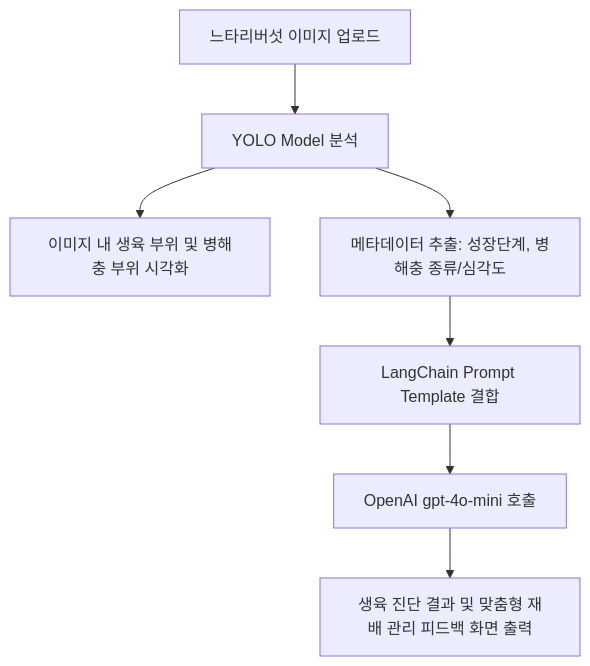
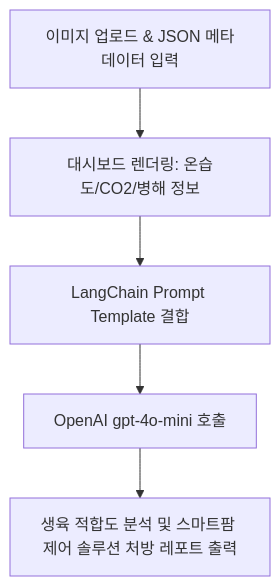
One commit to haexunx/smhrd-mushroom-cv-llm changed the diagram in README.md. Above: the diagram before and after it, drawn with Mermaid. The commit also changed other lines of this file and 1 other file, not shown here.

````diff
--- a/README.md
+++ b/README.md
@@ -83,9 +121,7 @@
 ```mermaid
 graph TD
-    A[느타리버섯 이미지 업로드] --> B[YOLO Model 분석]
-    B --> C[이미지 내 생육 부위 및 병해충 부위 시각화]
-    B --> D[메타데이터 추출: 성장단계, 병해충 종류/심각도]
-    D --> E[LangChain Prompt Template 결합]
-    E --> F[OpenAI gpt-4o-mini 호출]
-    F --> G[생육 진단 결과 및 맞춤형 재배 관리 피드백 화면 출력]
+    A[이미지 업로드 & JSON 메타데이터 입력] --> B[대시보드 렌더링: 온습도/CO2/병해 정보]
+    B --> C[LangChain Prompt Template 결합]
+    C --> D[OpenAI gpt-4o-mini 호출]
+    D --> E[생육 적합도 분석 및 스마트팜 제어 솔루션 처방 레포트 출력]
 ```
````
